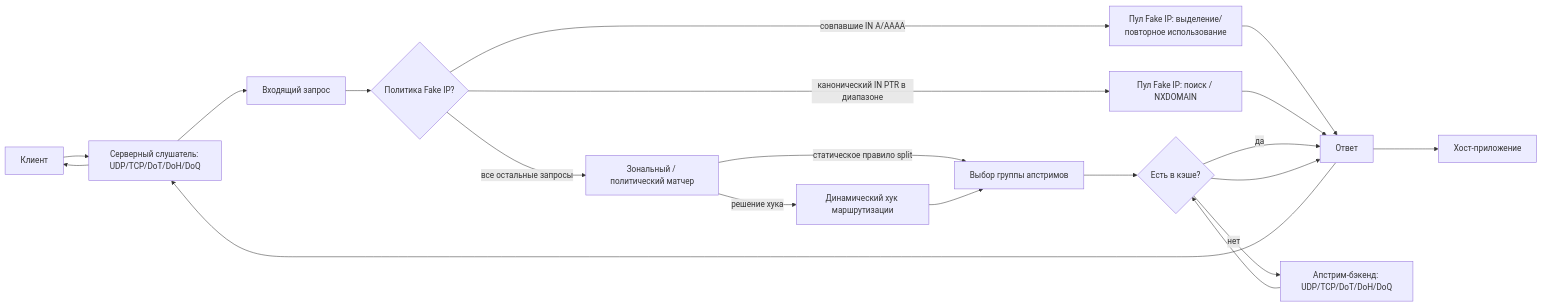
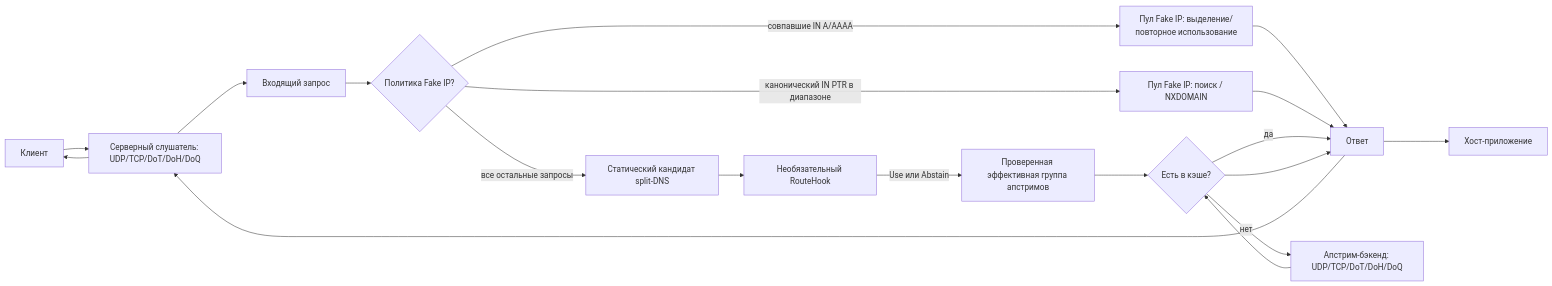
One commit to F000NKKK/dns-lattice changed the first of 2 diagrams in ARCHITECTURE.ru.md. Above: the diagram before and after it, drawn with Mermaid. The commit also changed other lines of this file and 11 other files, not shown here.

````diff
--- a/ARCHITECTURE.ru.md
+++ b/ARCHITECTURE.ru.md
@@ -150,22 +150,21 @@
 ```mermaid
 flowchart LR
     Client[Клиент] --> Listener[Серверный слушатель: UDP/TCP/DoT/DoH/DoQ]
     Listener --> Query[Входящий запрос]
     Query --> FakePolicy{Политика Fake IP?}
     FakePolicy -->|совпавшие IN A/AAAA| FakeIP[Пул Fake IP: выделение/повторное использование]
     FakePolicy -->|канонический IN PTR в диапазоне| Reverse[Пул Fake IP: поиск / NXDOMAIN]
     FakeIP --> Answer[Ответ]
     Reverse --> Answer
-    FakePolicy -->|все остальные запросы| Match[Зональный / политический матчер]
-    Match -->|решение хука| Hook[Динамический хук маршрутизации]
-    Match -->|статическое правило split| Route[Выбор группы апстримов]
-    Hook --> Route
+    FakePolicy -->|все остальные запросы| Match[Статический кандидат split-DNS]
+    Match --> Hook[Необязательный RouteHook]
+    Hook -->|Use или Abstain| Route[Проверенная эффективная группа апстримов]
     Route --> Cache{Есть в кэше?}
     Cache -->|да| Answer[Ответ]
     Cache -->|нет| Upstream[Апстрим-бэкенд: UDP/TCP/DoT/DoH/DoQ]
     Upstream --> Cache
     Cache --> Answer
     Answer --> Host[Хост-приложение]
     Answer --> Listener
     Listener --> Client
 ```
````
